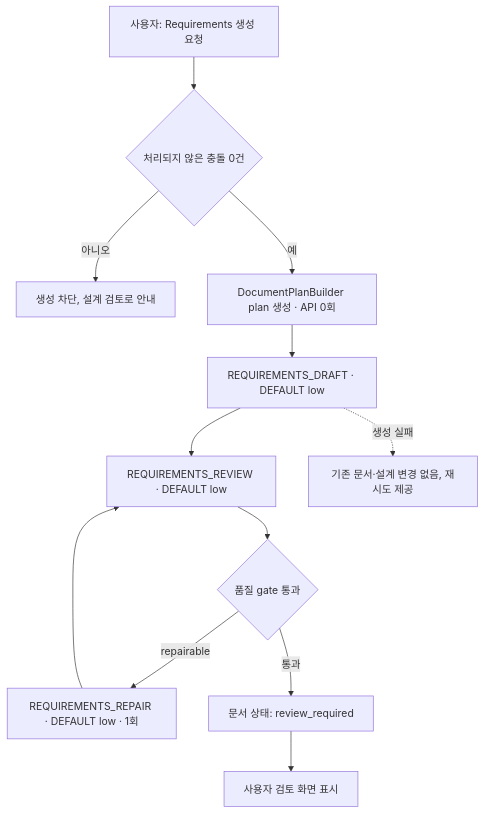
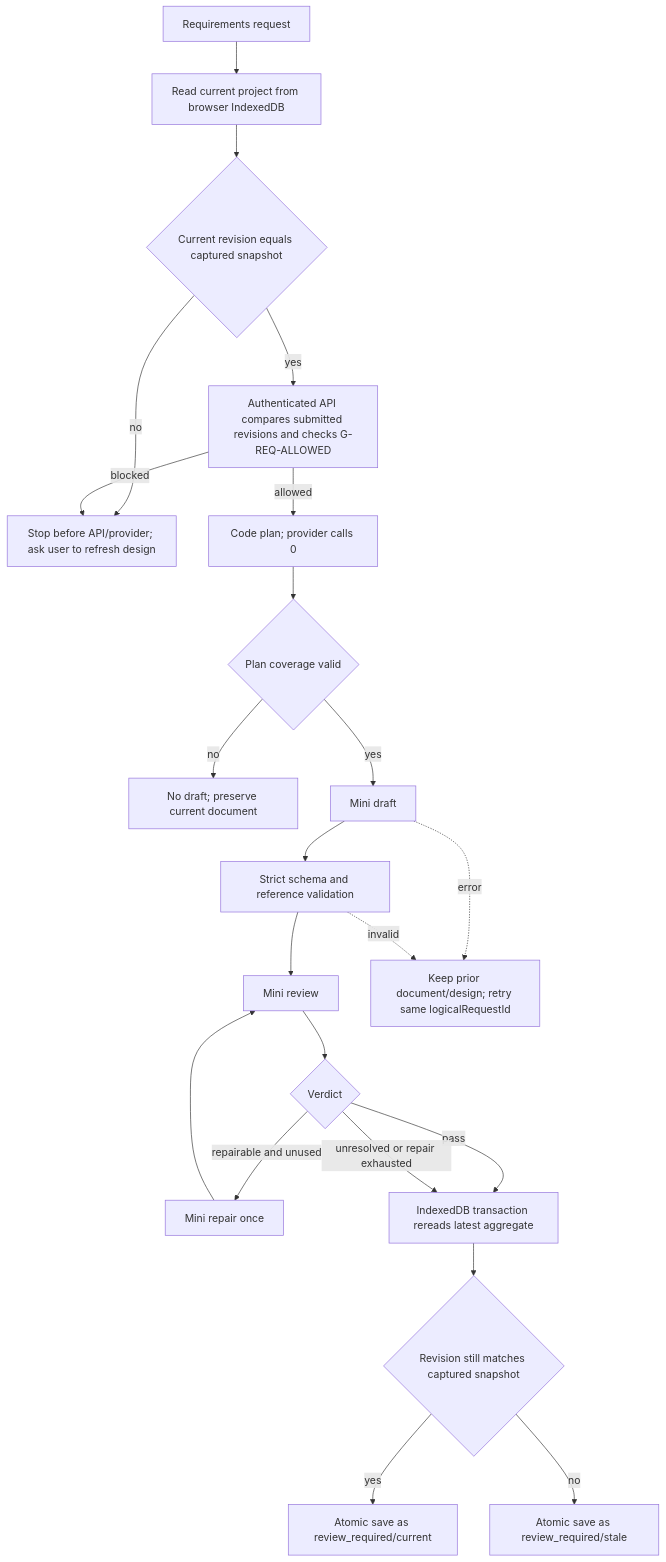
The diagram in docs/tasks/DOC-PR-01/plan.md (donghyunlee-dev/ai-agent-blueprint), drawn with Mermaid before and after one commit. The commit also changed other lines of this file and 16 other files, not shown here.

````diff
--- a/docs/tasks/DOC-PR-01/plan.md
+++ b/docs/tasks/DOC-PR-01/plan.md
@@ -58,14 +49,24 @@
 ```mermaid
 flowchart TD
-    A[사용자: Requirements 생성 요청] --> B{처리되지 않은 충돌 0건}
-    B -- 아니오 --> Z1[생성 차단, 설계 검토로 안내]
-    B -- 예 --> C[DocumentPlanBuilder plan 생성 · API 0회]
-    C --> D[REQUIREMENTS_DRAFT · DEFAULT low]
-    D --> E[REQUIREMENTS_REVIEW · DEFAULT low]
-    E --> F{품질 gate 통과}
-    F -- repairable --> G[REQUIREMENTS_REPAIR · DEFAULT low · 1회]
-    G --> E
-    F -- 통과 --> H[문서 상태: review_required]
-    H --> I[사용자 검토 화면 표시]
-    D -. 생성 실패 .-> Z2[기존 문서·설계 변경 없음, 재시도 제공]
+  A[Requirements request] --> B[Read current project from browser IndexedDB]
+  B --> C{Current revision equals captured snapshot}
+  C -- no --> X[Stop before API/provider; ask user to refresh design]
+  C -- yes --> D[Authenticated API compares submitted revisions and checks G-REQ-ALLOWED]
+  D -- blocked --> X
+  D -- allowed --> E[Code plan; provider calls 0]
+  E --> F{Plan coverage valid}
+  F -- no --> Y[No draft; preserve current document]
+  F -- yes --> G[Mini draft]
+  G --> H[Strict schema and reference validation]
+  H --> I[Mini review]
+  I --> J{Verdict}
+  J -- repairable and unused --> K[Mini repair once]
+  K --> I
+  J -- pass --> L[IndexedDB transaction rereads latest aggregate]
+  L --> M{Revision still matches captured snapshot}
+  M -- yes --> N[Atomic save as review_required/current]
+  M -- no --> O[Atomic save as review_required/stale]
+  J -- unresolved or repair exhausted --> L
+  G -. error .-> P[Keep prior document/design; retry same logicalRequestId]
+  H -. invalid .-> P
 ```
````
